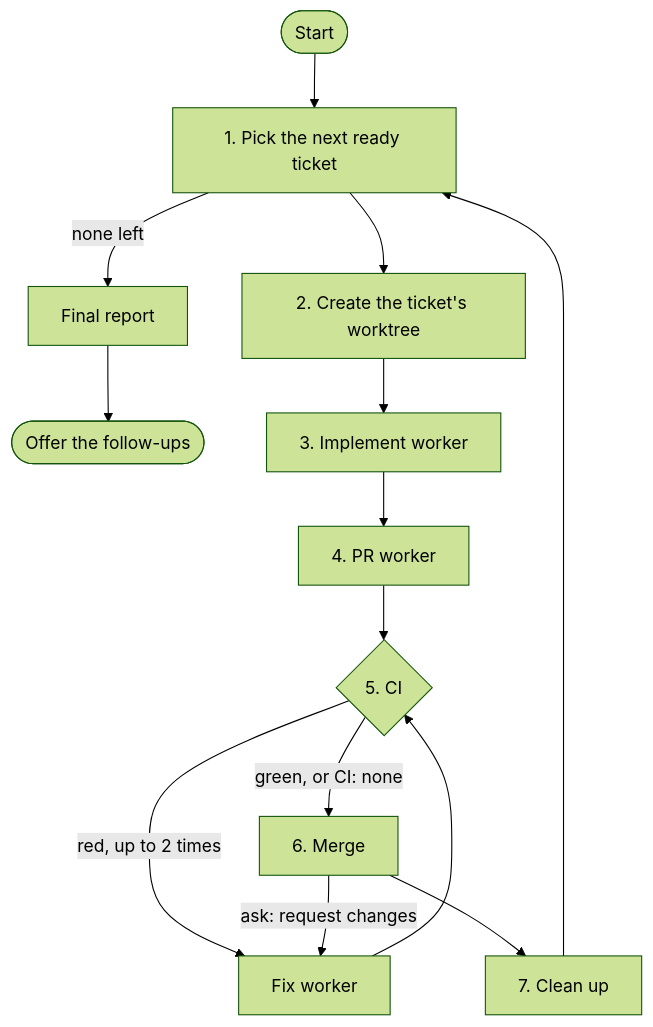
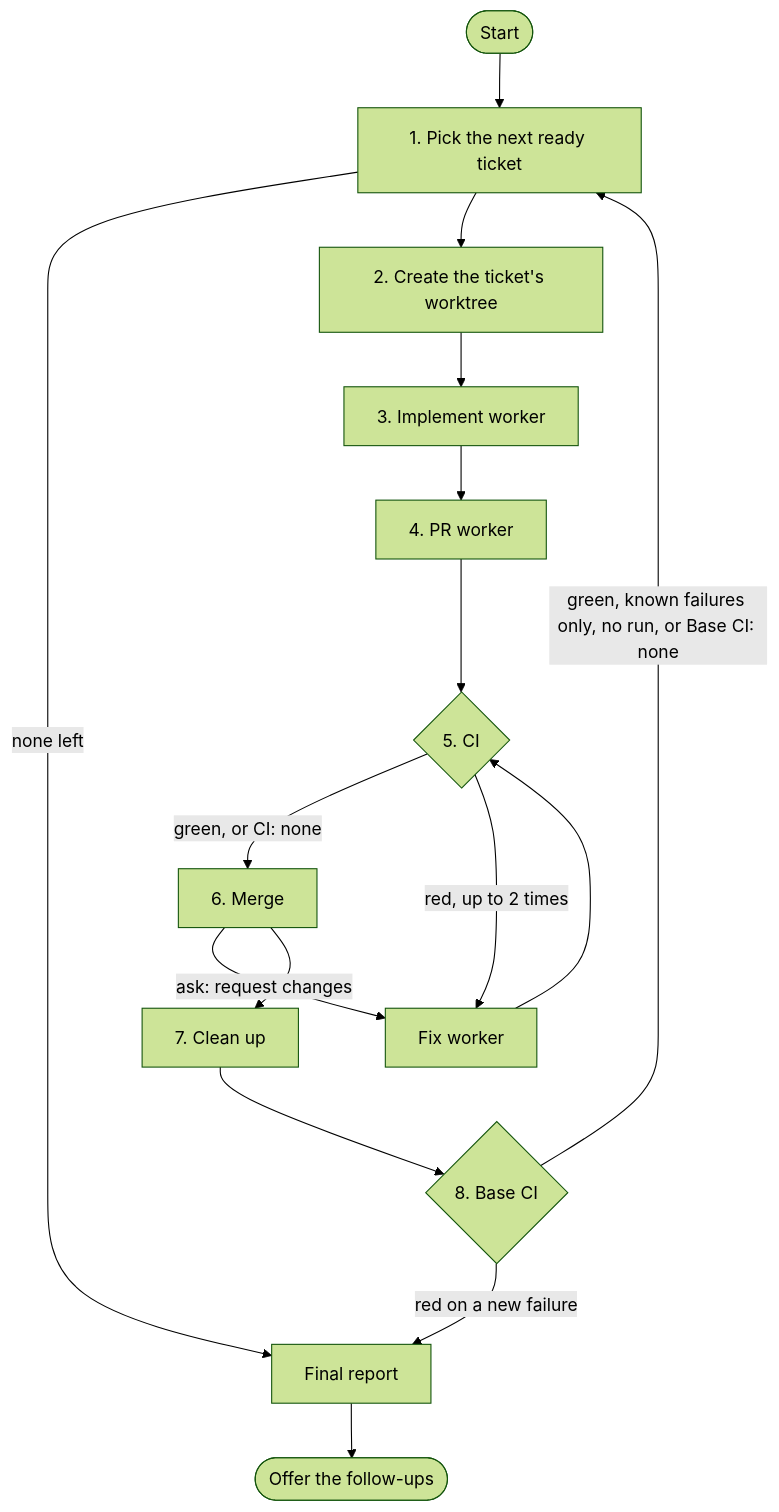
Before and after one commit to samfaina/agent-skills: the diagram in docs/how-it-works.md, drawn with Mermaid (forest theme). The commit also changed other lines of this file and 18 other files, not shown here.

````diff
--- a/docs/how-it-works.md
+++ b/docs/how-it-works.md
@@ -14,17 +14,19 @@
 ```mermaid
 flowchart TD
     %% #46; is a dot. Mermaid reads a bare "1. " as a Markdown list and shows "Unsupported markdown: list".
     start([Start]) --> pick[1#46; Pick the next ready ticket]
     pick -->|none left| report[Final report]
     report --> followups([Offer the follow-ups])
     pick --> wt[2#46; Create the ticket's worktree]
     wt --> impl[3#46; Implement worker]
     impl --> pr[4#46; PR worker]
     pr --> ci{5#46; CI}
     ci -->|green, or CI: none| merge[6#46; Merge]
     ci -->|red, up to 2 times| fix[Fix worker]
     fix --> ci
     merge -->|ask: request changes| fix
     merge --> clean[7#46; Clean up]
-    clean --> pick
+    clean --> base{8#46; Base CI}
+    base -->|green, known failures only, no run, or Base CI: none| pick
+    base -->|red on a new failure| report
 ```
````
